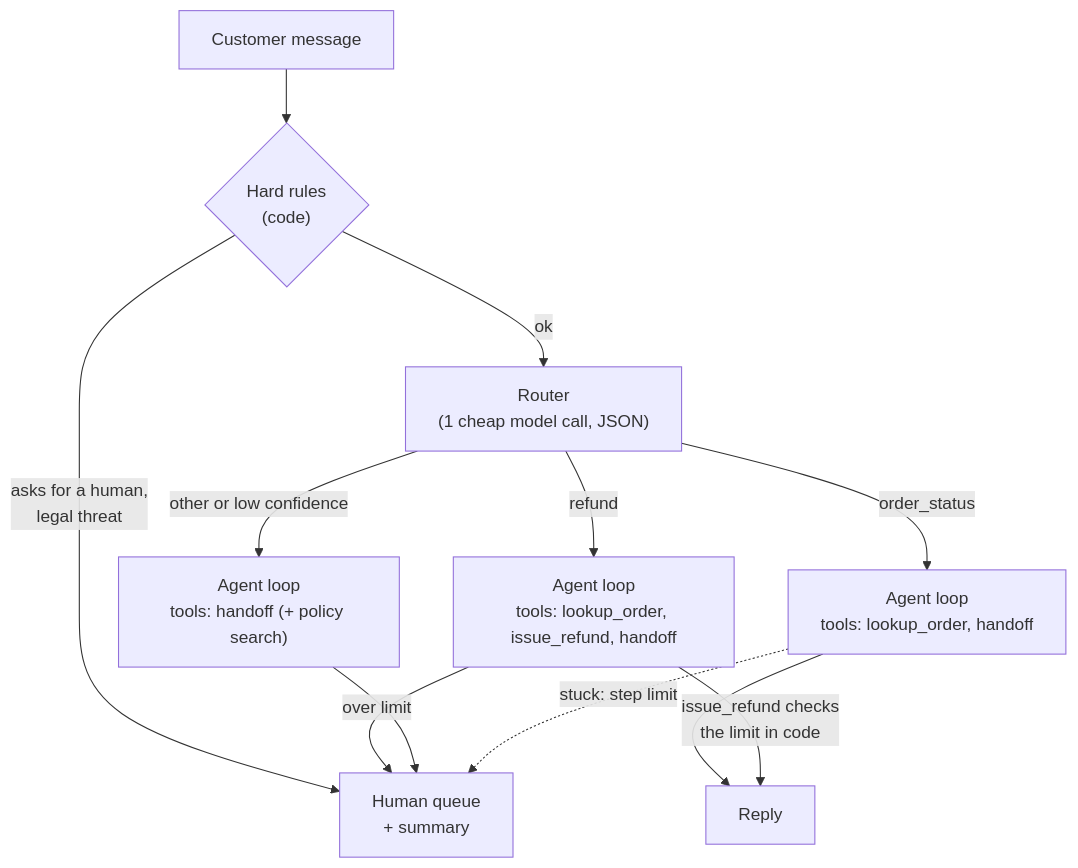
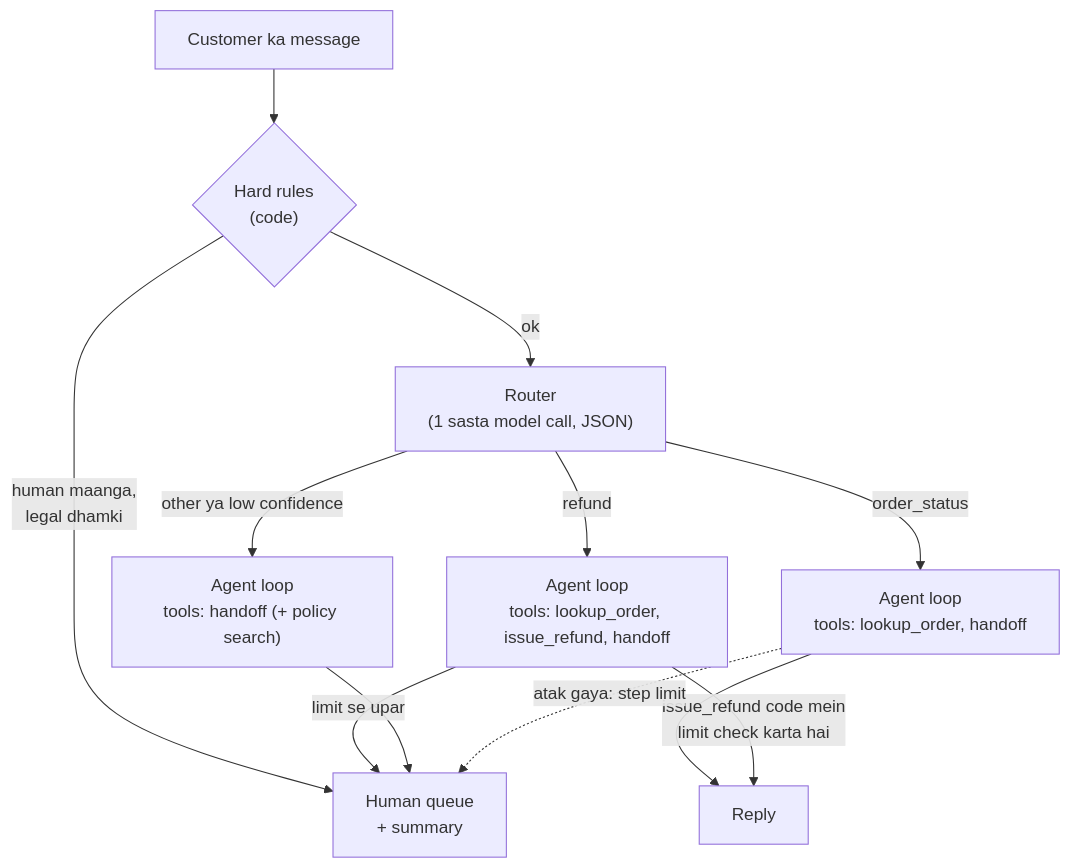
One commit to asmustechno/agentic-ai-notes changed the diagram in docs/17-case-studies/17.2-customer-support-agent.md. Above: the diagram before and after it, drawn with Mermaid. The commit also changed other lines of this file and 135 other files, not shown here.

````diff
--- a/docs/17-case-studies/17.2-customer-support-agent.md
+++ b/docs/17-case-studies/17.2-customer-support-agent.md
@@ -45,14 +49,14 @@
 ```mermaid
 flowchart TD
-    M["Customer message"] --> HR{"Hard rules<br/>(code)"}
-    HR -->|"asks for a human,<br/>legal threat"| HQ["Human queue<br/>+ summary"]
-    HR -->|ok| RT["Router<br/>(1 cheap model call, JSON)"]
+    M["Customer ka message"] --> HR{"Hard rules<br/>(code)"}
+    HR -->|"human maanga,<br/>legal dhamki"| HQ["Human queue<br/>+ summary"]
+    HR -->|ok| RT["Router<br/>(1 sasta model call, JSON)"]
     RT -->|"order_status"| A1["Agent loop<br/>tools: lookup_order, handoff"]
     RT -->|"refund"| A2["Agent loop<br/>tools: lookup_order, issue_refund, handoff"]
-    RT -->|"other or low confidence"| A3["Agent loop<br/>tools: handoff (+ policy search)"]
+    RT -->|"other ya low confidence"| A3["Agent loop<br/>tools: handoff (+ policy search)"]
     A1 --> Out["Reply"]
-    A2 -->|"issue_refund checks<br/>the limit in code"| Out
-    A2 -->|over limit| HQ
+    A2 -->|"issue_refund code mein<br/>limit check karta hai"| Out
+    A2 -->|limit se upar| HQ
     A3 --> HQ
-    A1 -.->|"stuck: step limit"| HQ
+    A1 -.->|"atak gaya: step limit"| HQ
 ```
````
